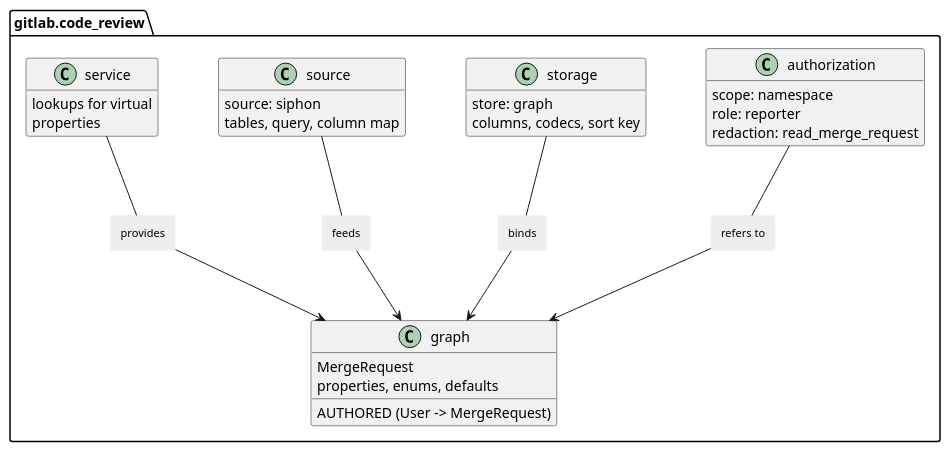
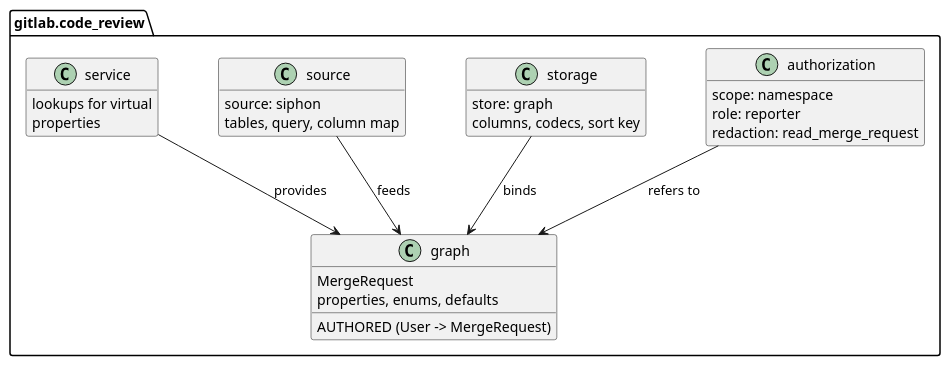
One commit to gitlabhq/orbit-knowledge-graph changed the second of 7 diagrams in docs/pages/engineering/adr/024_pluggable_data_model.md. Above: the diagram before and after it, drawn with PlantUML. The commit also changed other lines of this file, not shown here.

Commit message:
docs(adr): draw ADR 024 labeled-edge diagrams in Mermaid

````diff
--- a/docs/pages/engineering/adr/024_pluggable_data_model.md
+++ b/docs/pages/engineering/adr/024_pluggable_data_model.md
@@ -158,55 +114,40 @@
 ```plantuml
 @startuml
-allowmixing
-skinparam rectangle {
-  BackgroundColor<<label>> #EEEEEE
-  BorderColor<<label>> #EEEEEE
-  FontSize<<label>> 11
-}
-hide <<label>> stereotype
 set separator none
 skinparam shadowing false
 skinparam nodesep 60
 skinparam ranksep 70
 skinparam classAttributeIconSize 0
 hide empty members
 
 package "gitlab.code_review" {
   class "graph" as G {
     MergeRequest
     properties, enums, defaults
     AUTHORED (User -> MergeRequest)
   }
   class "authorization" as A {
     scope: namespace
     role: reporter
     redaction: read_merge_request
   }
   class "storage" as ST {
     store: graph
     columns, codecs, sort key
   }
   class "source" as SO {
     source: siphon
     tables, query, column map
   }
   class "service" as SV {
     lookups for virtual
     properties
   }
-  rectangle "refers to" <<label>> as LB1
-  rectangle "binds" <<label>> as LB2
-  rectangle "feeds" <<label>> as LB3
-  rectangle "provides" <<label>> as LB4
 }
 
-A -- LB1
-LB1 --> G
-ST -- LB2
-LB2 --> G
-SO -- LB3
-LB3 --> G
-SV -- LB4
-LB4 --> G
+A --> G : refers to
+ST --> G : binds
+SO --> G : feeds
+SV --> G : provides
 @enduml
 ```
````
